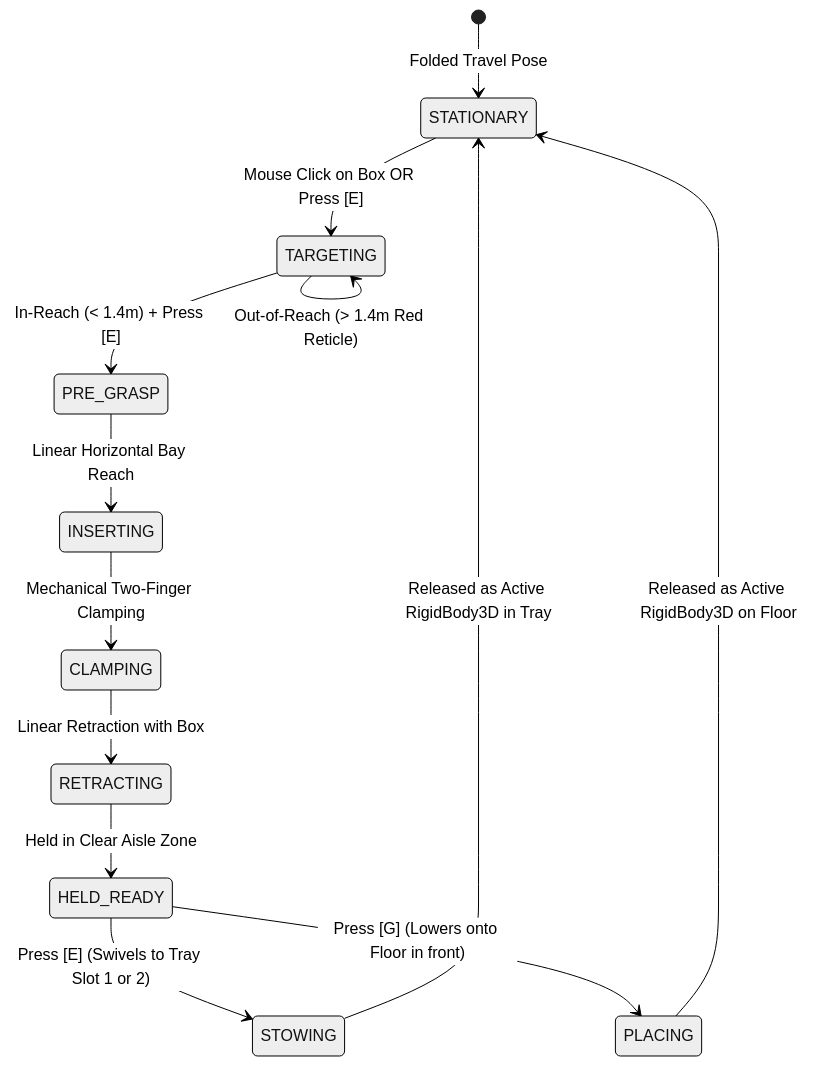
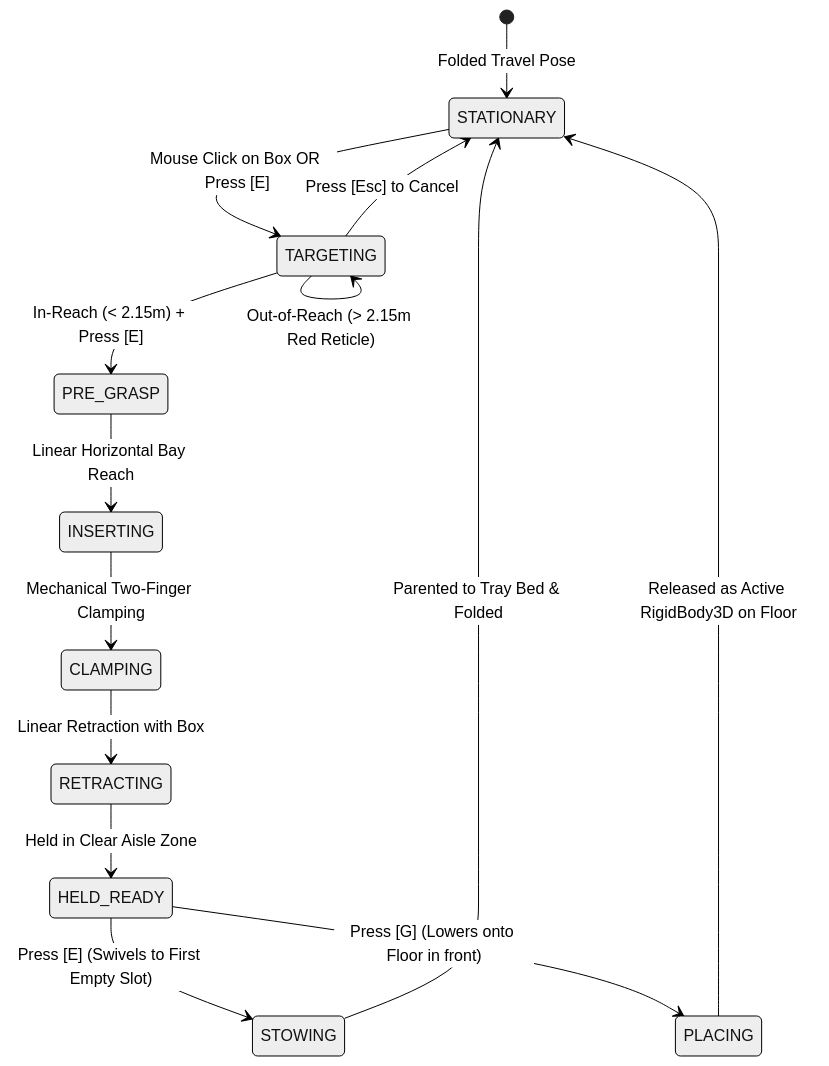
The second of 3 diagrams in docs/phases/04_WAREHOUSE_SIMULATION_ENVIRONMENT.md (QuangManhAI/RL_port_scheduling_container), drawn with Mermaid (neutral theme) before and after one commit. The commit also changed other lines of this file and 5 other files, not shown here.

First line of the commit message:
fix(arm): extend reach for rack tiers, fix tray floating, and bind ESC

````diff
--- a/docs/phases/04_WAREHOUSE_SIMULATION_ENVIRONMENT.md
+++ b/docs/phases/04_WAREHOUSE_SIMULATION_ENVIRONMENT.md
@@ -159,15 +159,16 @@
 ```mermaid
 stateDiagram-v2
     [*] --> STATIONARY: Folded Travel Pose
     STATIONARY --> TARGETING: Mouse Click on Box OR Press [E]
-    TARGETING --> PRE_GRASP: In-Reach (< 1.4m) + Press [E]
-    TARGETING --> TARGETING: Out-of-Reach (> 1.4m Red Reticle)
+    TARGETING --> STATIONARY: Press [Esc] to Cancel
+    TARGETING --> PRE_GRASP: In-Reach (< 2.15m) + Press [E]
+    TARGETING --> TARGETING: Out-of-Reach (> 2.15m Red Reticle)
     PRE_GRASP --> INSERTING: Linear Horizontal Bay Reach
     INSERTING --> CLAMPING: Mechanical Two-Finger Clamping
     CLAMPING --> RETRACTING: Linear Retraction with Box
     RETRACTING --> HELD_READY: Held in Clear Aisle Zone
-    HELD_READY --> STOWING: Press [E] (Swivels to Tray Slot 1 or 2)
-    STOWING --> STATIONARY: Released as Active RigidBody3D in Tray
+    HELD_READY --> STOWING: Press [E] (Swivels to First Empty Slot)
+    STOWING --> STATIONARY: Parented to Tray Bed & Folded
     HELD_READY --> PLACING: Press [G] (Lowers onto Floor in front)
     PLACING --> STATIONARY: Released as Active RigidBody3D on Floor
 ```
````
